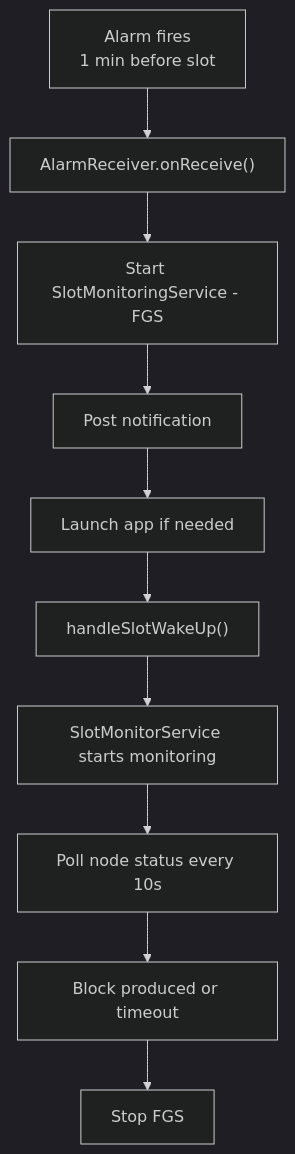
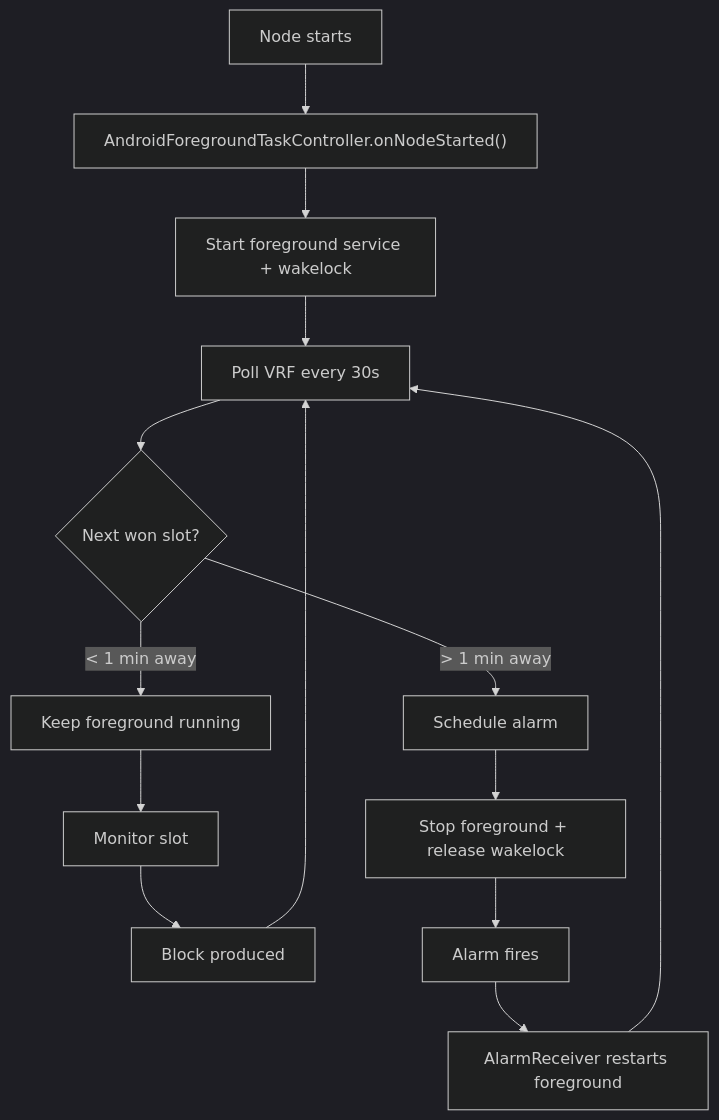
The second of 5 diagrams in docs/BACKGROUND_PRODUCTION.md (Usernode-Labs/flutter-mobile-app), drawn with Mermaid (dark theme) before and after one commit. The commit also changed other lines of this file and 19 other files, not shown here.

First line of the commit message:
feat(bg_bp): rework background/foreground block production

````diff
--- a/docs/BACKGROUND_PRODUCTION.md
+++ b/docs/BACKGROUND_PRODUCTION.md
@@ -137,12 +159,16 @@
 ```mermaid
 flowchart TB
-    A["Alarm fires<br/>1 min before slot"] --> B["AlarmReceiver.onReceive()"]
-    B --> C["Start SlotMonitoringService - FGS"]
-    C --> D["Post notification"]
-    D --> E["Launch app if needed"]
-    E --> F["handleSlotWakeUp()"]
-    F --> G["SlotMonitorService starts monitoring"]
-    G --> H["Poll node status every 10s"]
-    H --> I["Block produced or timeout"]
-    I --> J["Stop FGS"]
+    A["Node starts"] --> B["AndroidForegroundTaskController.onNodeStarted()"]
+    B --> C["Start foreground service + wakelock"]
+    C --> D["Poll VRF every 30s"]
+    D --> E{"Next won slot?"}
+    E -->|"> 1 min away"| F["Schedule alarm"]
+    F --> G["Stop foreground + release wakelock"]
+    E -->|"< 1 min away"| H["Keep foreground running"]
+    H --> I["Monitor slot"]
+    I --> J["Block produced"]
+    J --> D
+    G --> K["Alarm fires"]
+    K --> L["AlarmReceiver restarts foreground"]
+    L --> D
 ```
````
